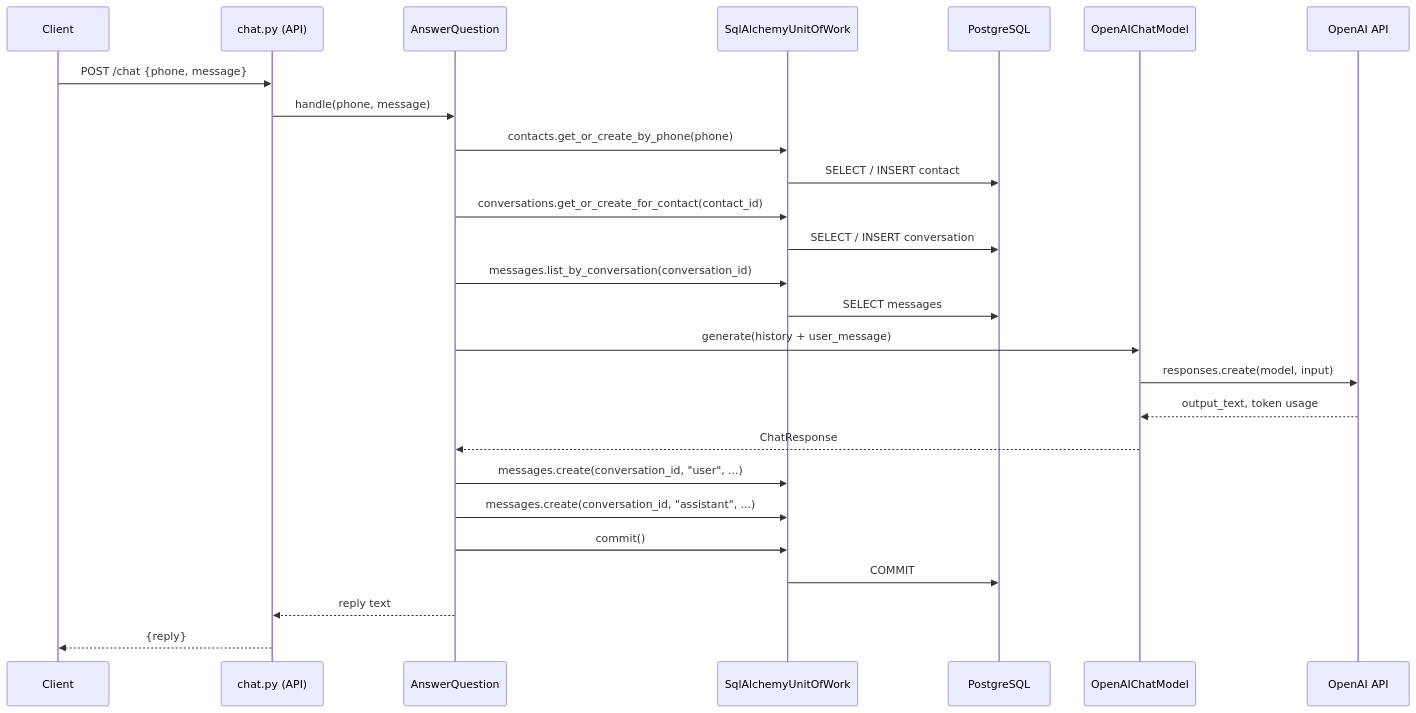
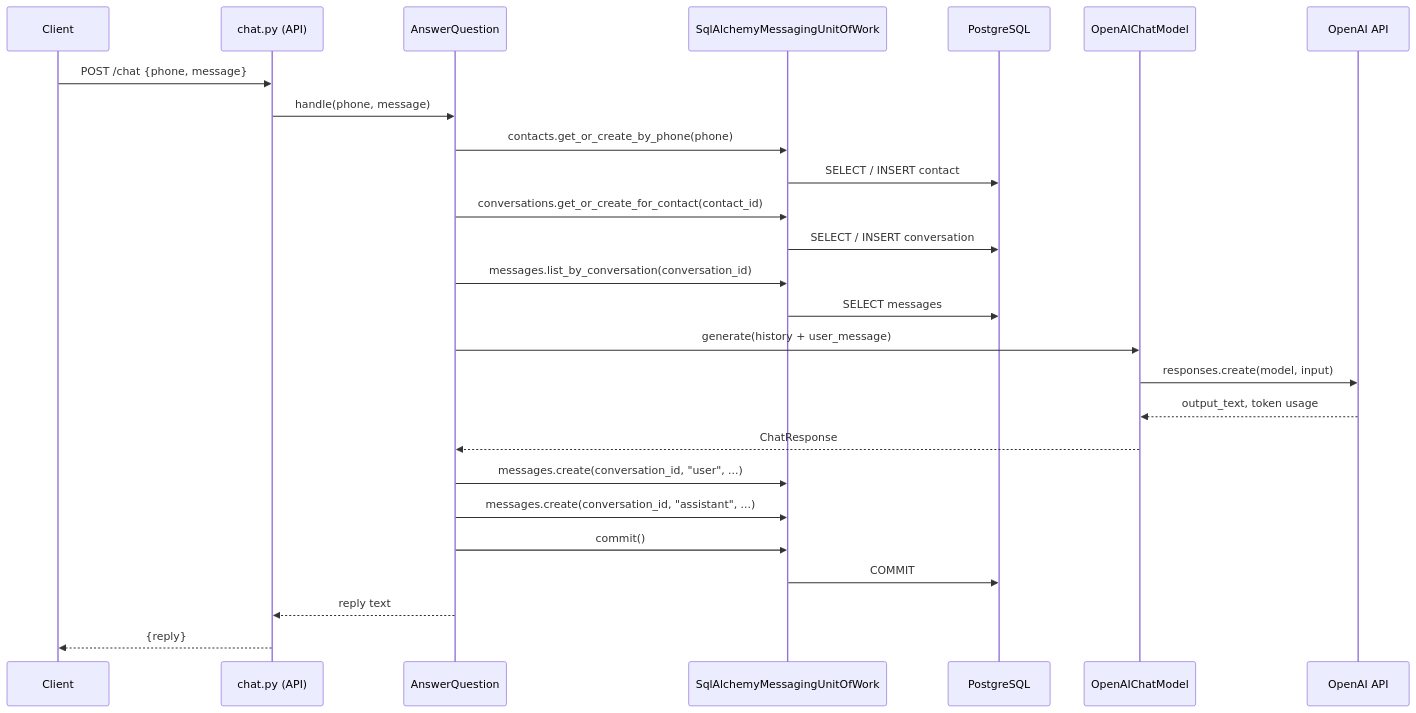
Before and after one commit to camercadop/knowledge-support-ai-agent: the first of 2 diagrams in docs/development.md, drawn with Mermaid. The commit also changed other lines of this file and 2 other files, not shown here.

````diff
--- a/docs/development.md
+++ b/docs/development.md
@@ -112,29 +126,29 @@
 ```mermaid
 sequenceDiagram
     participant Client
     participant Router as chat.py (API)
     participant UC as AnswerQuestion
-    participant UoW as SqlAlchemyUnitOfWork
+    participant UoW as SqlAlchemyMessagingUnitOfWork
     participant DB as PostgreSQL
     participant LLM as OpenAIChatModel
     participant OpenAI as OpenAI API
 
     Client->>Router: POST /chat {phone, message}
     Router->>UC: handle(phone, message)
     UC->>UoW: contacts.get_or_create_by_phone(phone)
     UoW->>DB: SELECT / INSERT contact
     UC->>UoW: conversations.get_or_create_for_contact(contact_id)
     UoW->>DB: SELECT / INSERT conversation
     UC->>UoW: messages.list_by_conversation(conversation_id)
     UoW->>DB: SELECT messages
     UC->>LLM: generate(history + user_message)
     LLM->>OpenAI: responses.create(model, input)
     OpenAI-->>LLM: output_text, token usage
     LLM-->>UC: ChatResponse
     UC->>UoW: messages.create(conversation_id, "user", ...)
     UC->>UoW: messages.create(conversation_id, "assistant", ...)
     UC->>UoW: commit()
     UoW->>DB: COMMIT
     UC-->>Router: reply text
     Router-->>Client: {reply}
 ```
````
